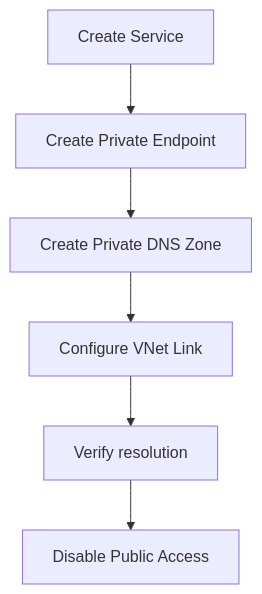
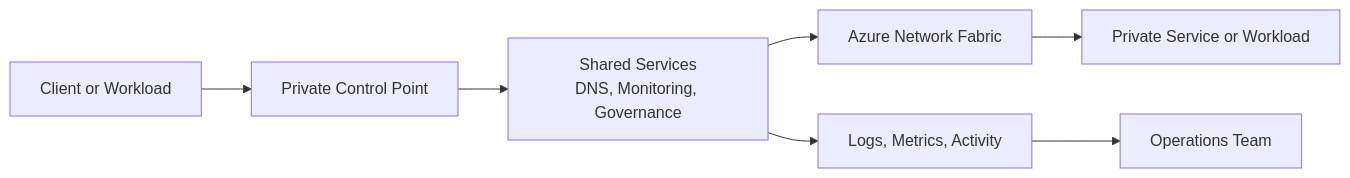
The diagram in docs/best-practices/private-endpoint-best-practices.md (yeongseon/azure-networking-practical-guide), drawn with Mermaid before and after one commit. The commit also changed other lines of this file and 26 other files, not shown here.

````diff
--- a/docs/best-practices/private-endpoint-best-practices.md
+++ b/docs/best-practices/private-endpoint-best-practices.md
@@ -13,8 +15,10 @@
 ```mermaid
-graph TD
-    A[Create Service] --> B[Create Private Endpoint]
-    B --> C[Create Private DNS Zone]
-    C --> D[Configure VNet Link]
-    D --> E[Verify resolution]
-    E --> F[Disable Public Access]
+flowchart LR
+                Source[Client or Workload] --> Control[Private Control Point]
+                Control --> Shared[Shared Services
+DNS, Monitoring, Governance]
+                Shared --> Azure[Azure Network Fabric]
+                Azure --> Target[Private Service or Workload]
+                Shared --> Logs[Logs, Metrics, Activity]
+                Logs --> Ops[Operations Team]
 ```
````
